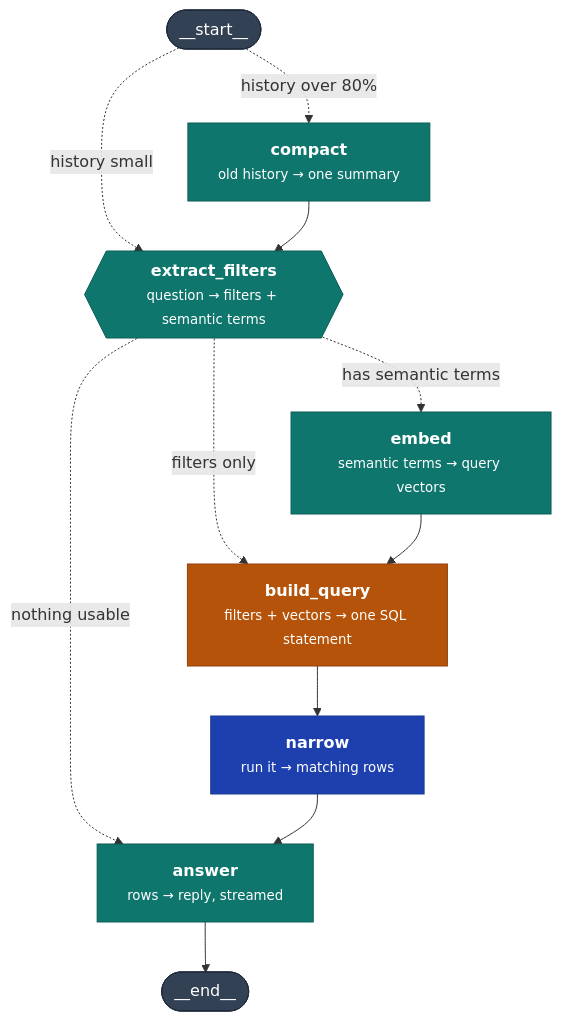
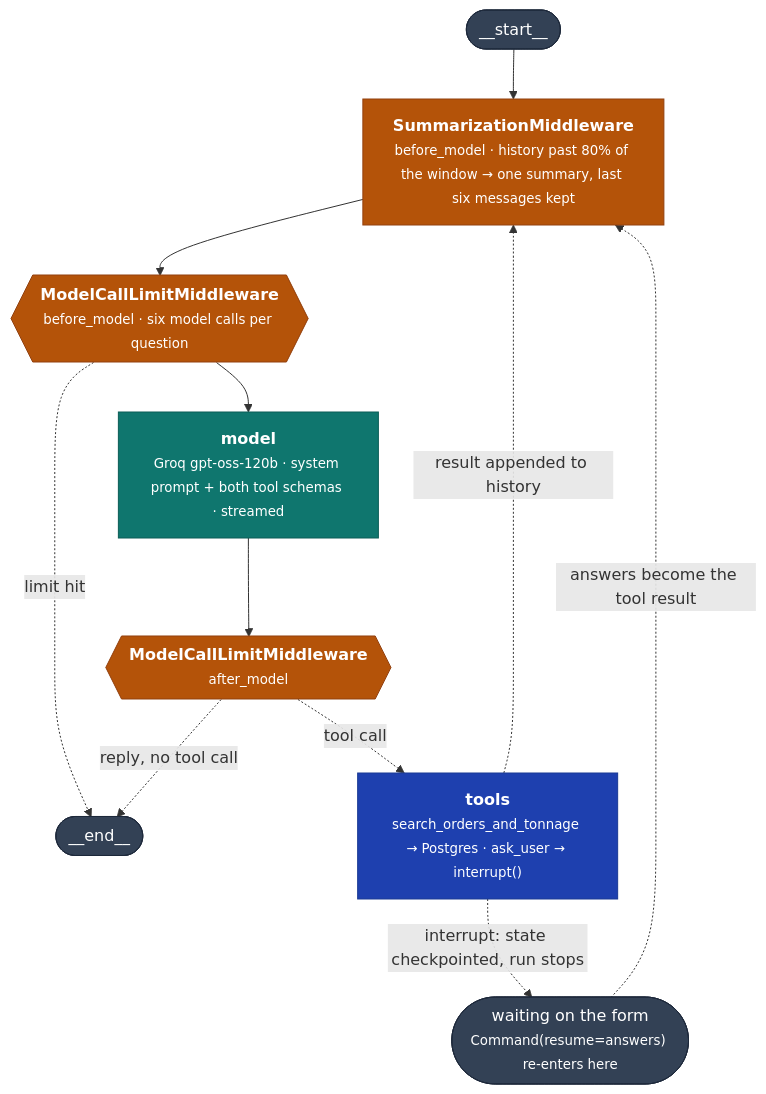
One commit to Ryantshh/Ocean-Intelligence changed the third of 4 diagrams in README.md. Above: the diagram before and after it, drawn with Mermaid. The commit also changed other lines of this file and 25 other files, not shown here.

````diff
--- a/README.md
+++ b/README.md
@@ -297,31 +285,33 @@
 ```mermaid
 flowchart TB
     start(["__start__"]):::terminal
-    start -. "history over 80%" .-> compact
-    start -. "history small" .-> extract_filters
+    start --> summarise
 
-    compact["<b>compact</b><br/><small>old history → one summary</small>"]:::llm
-    compact --> extract_filters
+    summarise["<b>SummarizationMiddleware</b><br/><small>before_model · history past 80% of the window → one summary, last six messages kept</small>"]:::guard
+    summarise --> limit_in
 
-    extract_filters{{"<b>extract_filters</b><br/><small>question → filters + semantic terms</small>"}}:::llm
-    extract_filters -. "nothing usable" .-> answer
-    extract_filters -. "filters only" .-> build_query
-    extract_filters -. "has semantic terms" .-> embed
+    limit_in{{"<b>ModelCallLimitMiddleware</b><br/><small>before_model · six model calls per question</small>"}}:::guard
+    limit_in -. "limit hit" .-> finish
+    limit_in --> model
 
-    embed["<b>embed</b><br/><small>semantic terms → query vectors</small>"]:::llm
-    embed --> build_query
+    model["<b>model</b><br/><small>Groq gpt-oss-120b · system prompt + both tool schemas · streamed</small>"]:::llm
+    model --> limit_out
 
-    build_query["<b>build_query</b><br/><small>filters + vectors → one SQL statement</small>"]:::guard
-    build_query --> narrow
+    limit_out{{"<b>ModelCallLimitMiddleware</b><br/><small>after_model</small>"}}:::guard
+    limit_out -. "reply, no tool call" .-> finish
+    limit_out -. "tool call" .-> tools
 
-    narrow["<b>narrow</b><br/><small>run it → matching rows</small>"]:::tool
-    narrow --> answer
+    tools["<b>tools</b><br/><small>search_orders_and_tonnage → Postgres · ask_user → interrupt()</small>"]:::tool
+    tools -. "result appended to history" .-> summarise
+    tools -. "interrupt: state checkpointed, run stops" .-> paused
 
-    answer["<b>answer</b><br/><small>rows → reply, streamed</small>"]:::llm
-    answer --> finish(["__end__"]):::terminal
+    paused(["waiting on the form<br/><small>Command(resume=answers) re-enters here</small>"]):::terminal
+    paused -. "answers become the tool result" .-> summarise
+
+    finish(["__end__"]):::terminal
 
     classDef llm fill:#0f766e,stroke:#0b5d56,color:#fff
     classDef tool fill:#1e40af,stroke:#1a3a94,color:#fff
     classDef guard fill:#b45309,stroke:#92400e,color:#fff
     classDef terminal fill:#334155,stroke:#1e293b,color:#fff
 ```
````
